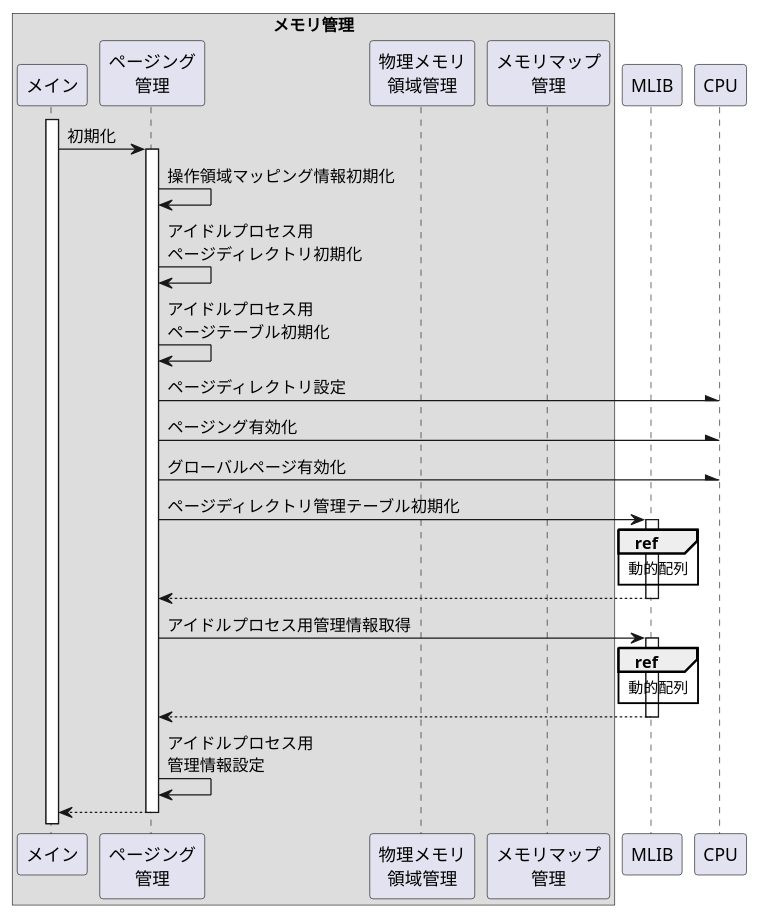
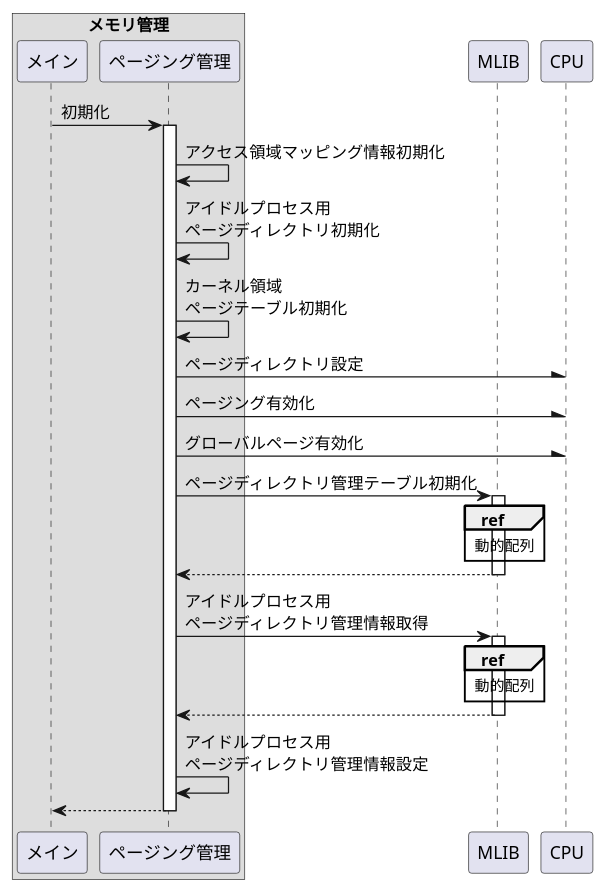
Before and after one commit to MasterMochi/MochiKernel: the diagram in docs/docs/internal/Memmng/Page/init.puml, drawn with PlantUML. The commit also changed 45 other files, not shown here.

```diff
--- a/docs/docs/internal/Memmng/Page/init.puml
+++ b/docs/docs/internal/Memmng/Page/init.puml
@@ -1,48 +1,44 @@
 @startuml
 
 box "メモリ管理"
-    participant "メイン"               as main
-    participant "ページング\n管理"     as page
-    participant "物理メモリ\n領域管理" as phys
-    participant "メモリマップ\n管理"   as map
+    participant "メイン"         as main
+    participant "ページング管理" as page
 end box
 participant "MLIB" as mlib
 participant "CPU"  as cpu
 
-activate main
-
 main -> page: 初期化
 activate page
 
-page -> page: 操作領域マッピング情報初期化
+page -> page: アクセス領域マッピング情報初期化
 page -> page: アイドルプロセス用\nページディレクトリ初期化
-page -> page: アイドルプロセス用\nページテーブル初期化
+page -> page: カーネル領域\nページテーブル初期化
 
 'page -> page: ページディレクトリ切替
 'activate page
 'ref over page: ページディレクトリ切替
 'page /[#DDDDDD]-- page:
 'deactivate page
 
 page -\ cpu: ページディレクトリ設定
 page -\ cpu: ページング有効化
 page -\ cpu: グローバルページ有効化
 
 page -> mlib: ページディレクトリ管理テーブル初期化
 activate mlib
 ref over mlib: 動的配列
 page <-- mlib:
 deactivate mlib
 
-page -> mlib: アイドルプロセス用管理情報取得
+page -> mlib: アイドルプロセス用\nページディレクトリ管理情報取得
 activate mlib
 ref over mlib: 動的配列
 page <-- mlib:
 deactivate mlib
 
-page -> page: アイドルプロセス用\n管理情報設定
+page -> page: アイドルプロセス用\nページディレクトリ管理情報設定
 
 main <-- page:
 deactivate page
 
 @enduml
```
